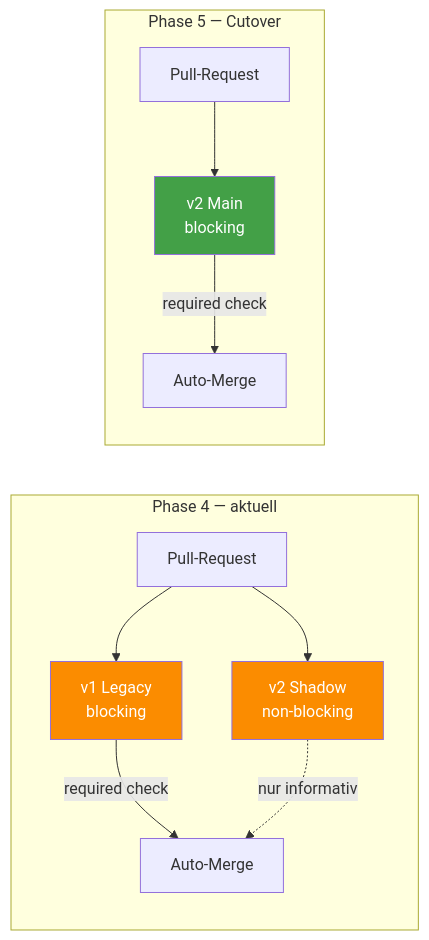
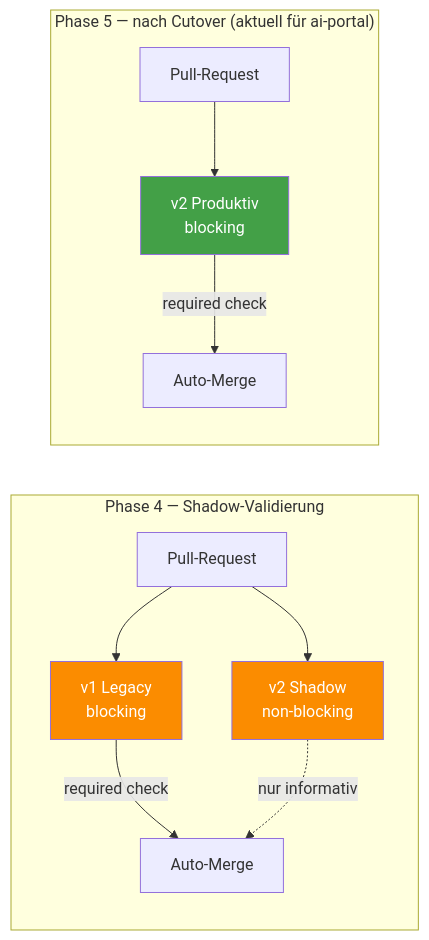
Before and after one commit to EtroxTaran/agent-stack: the diagram in docs/wiki/10-konzepte/20-shadow-vs-cutover.md, drawn with Mermaid. The commit also changed other lines of this file and 23 other files, not shown here.

First line of the commit message:
docs: post-phase-5 cutover + model-registry drift cleanup (#17)

````diff
--- a/docs/wiki/10-konzepte/20-shadow-vs-cutover.md
+++ b/docs/wiki/10-konzepte/20-shadow-vs-cutover.md
@@ -7,19 +7,19 @@
 ```mermaid
 graph LR
-    subgraph "Phase 4 — aktuell"
+    subgraph "Phase 4 — Shadow-Validierung"
         PR1[Pull-Request] --> V1[v1 Legacy<br/>blocking]
         PR1 --> V2S[v2 Shadow<br/>non-blocking]
         V1 -->|required check| M1[Auto-Merge]
         V2S -.->|nur informativ| M1
     end
 
-    subgraph "Phase 5 — Cutover"
-        PR2[Pull-Request] --> V2B[v2 Main<br/>blocking]
+    subgraph "Phase 5 — nach Cutover (aktuell für ai-portal)"
+        PR2[Pull-Request] --> V2B[v2 Produktiv<br/>blocking]
         V2B -->|required check| M2[Auto-Merge]
     end
 
-    classDef current fill:#fb8c00,color:#fff
-    classDef future fill:#43a047,color:#fff
-    class V1,V2S current
-    class V2B future
+    classDef shadow fill:#fb8c00,color:#fff
+    classDef active fill:#43a047,color:#fff
+    class V1,V2S shadow
+    class V2B active
 ```
````
